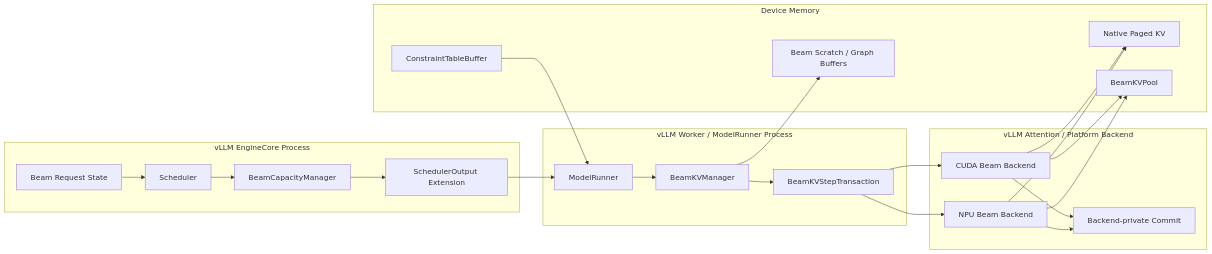
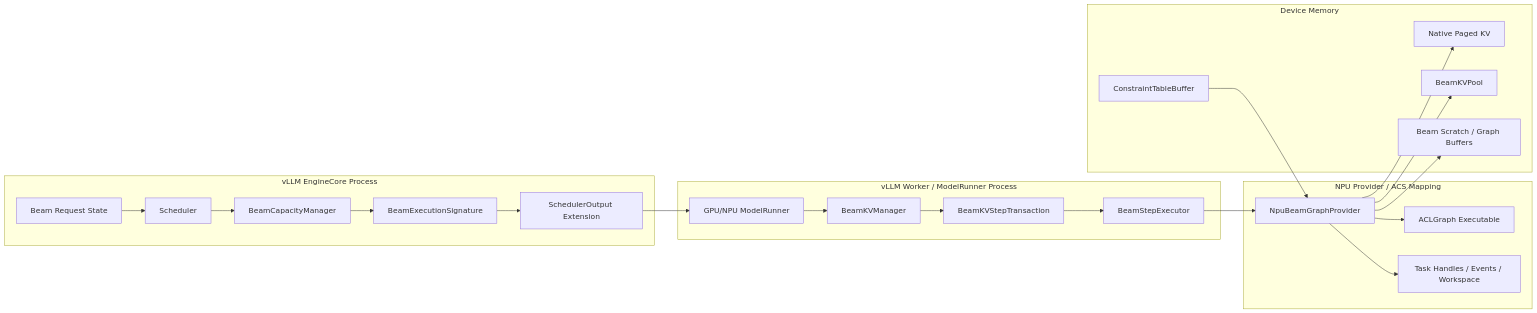
Before and after one commit to zhanghanleo10/gr-related: the second of 9 diagrams in GR/beam_incremental_decode_unified_architecture_design.md, drawn with Mermaid. The commit also changed other lines of this file, not shown here.

Commit message:
docs: integrate ACS ACLGraph and prefill tail design

````diff
--- a/GR/beam_incremental_decode_unified_architecture_design.md
+++ b/GR/beam_incremental_decode_unified_architecture_design.md
@@ -165,42 +185,41 @@
 ```mermaid
 flowchart LR
     subgraph ENGINE["vLLM EngineCore Process"]
         REQ["Beam Request State"]
         SCH["Scheduler"]
         BCM["BeamCapacityManager"]
+        SIG["BeamExecutionSignature"]
         SO["SchedulerOutput Extension"]
-        REQ --> SCH --> BCM --> SO
+        REQ --> SCH --> BCM --> SIG --> SO
     end
 
     subgraph WORKER["vLLM Worker / ModelRunner Process"]
-        MR["ModelRunner"]
+        MR["GPU/NPU ModelRunner"]
         BKM["BeamKVManager"]
         TX["BeamKVStepTransaction"]
-        MR --> BKM --> TX
+        EXE["BeamStepExecutor"]
+        MR --> BKM --> TX --> EXE
     end
 
-    subgraph BACKEND["vLLM Attention / Platform Backend"]
-        CUD["CUDA Beam Backend"]
-        NPU["NPU Beam Backend"]
-        COM["Backend-private Commit"]
+    subgraph NPU_PROVIDER["NPU Provider / ACS Mapping"]
+        NGP["NpuBeamGraphProvider"]
+        AGE["ACLGraph Executable"]
+        TG["Task Handles / Events / Workspace"]
+        NGP --> AGE
+        NGP --> TG
     end
 
     subgraph DEVICE["Device Memory"]
         NKV["Native Paged KV"]
         BKV["BeamKVPool"]
         WS["Beam Scratch / Graph Buffers"]
         CT["ConstraintTableBuffer"]
     end
 
     SO --> MR
-    TX --> CUD
-    TX --> NPU
-    CUD --> NKV
-    CUD --> BKV
-    NPU --> NKV
-    NPU --> BKV
-    CUD --> COM
-    NPU --> COM
-    BKM --> WS
-    CT --> MR
+    EXE --> NGP
+    NGP --> NKV
+    NGP --> BKV
+    NGP --> WS
+    CT --> NGP
 ```
````
